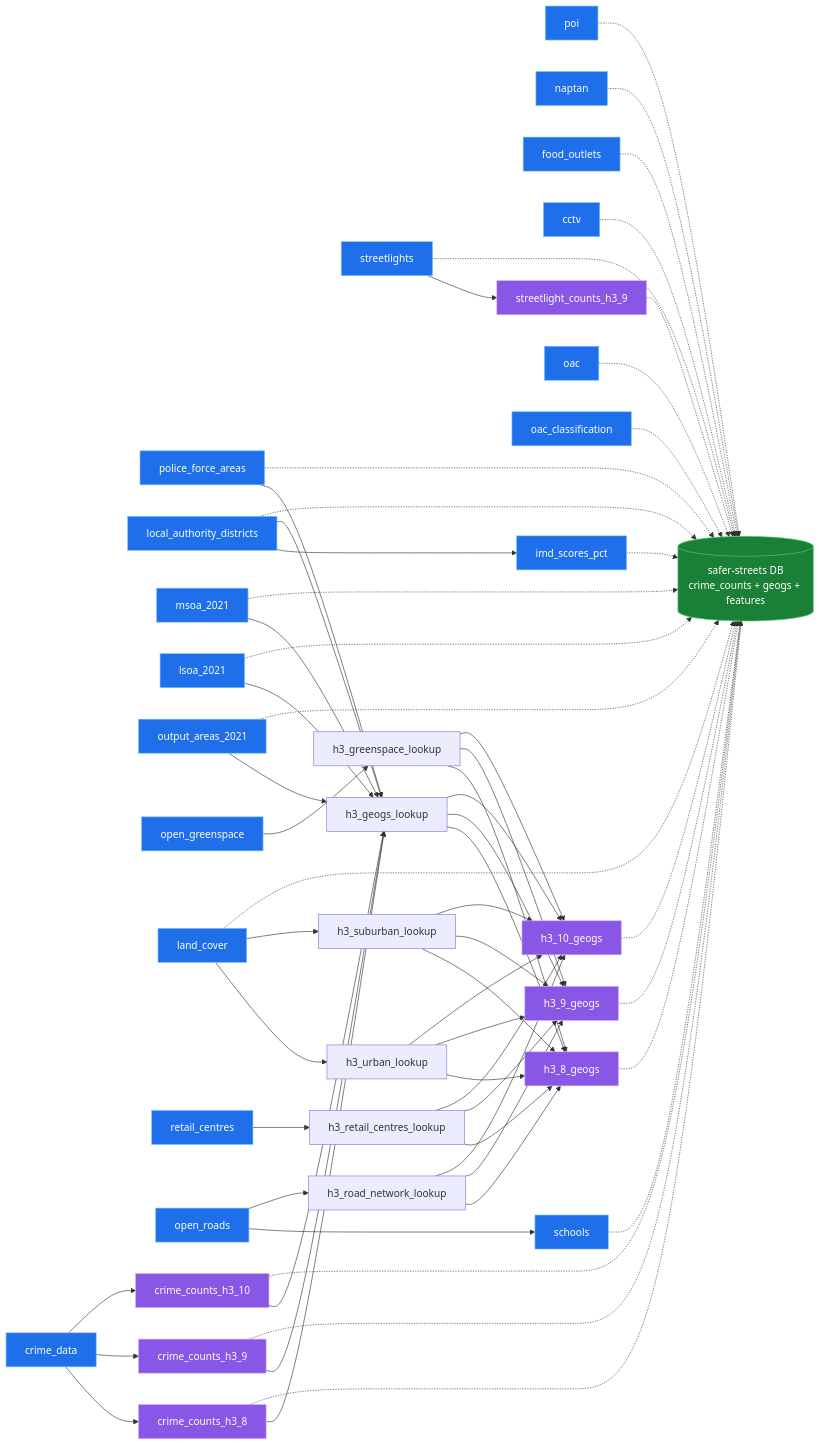
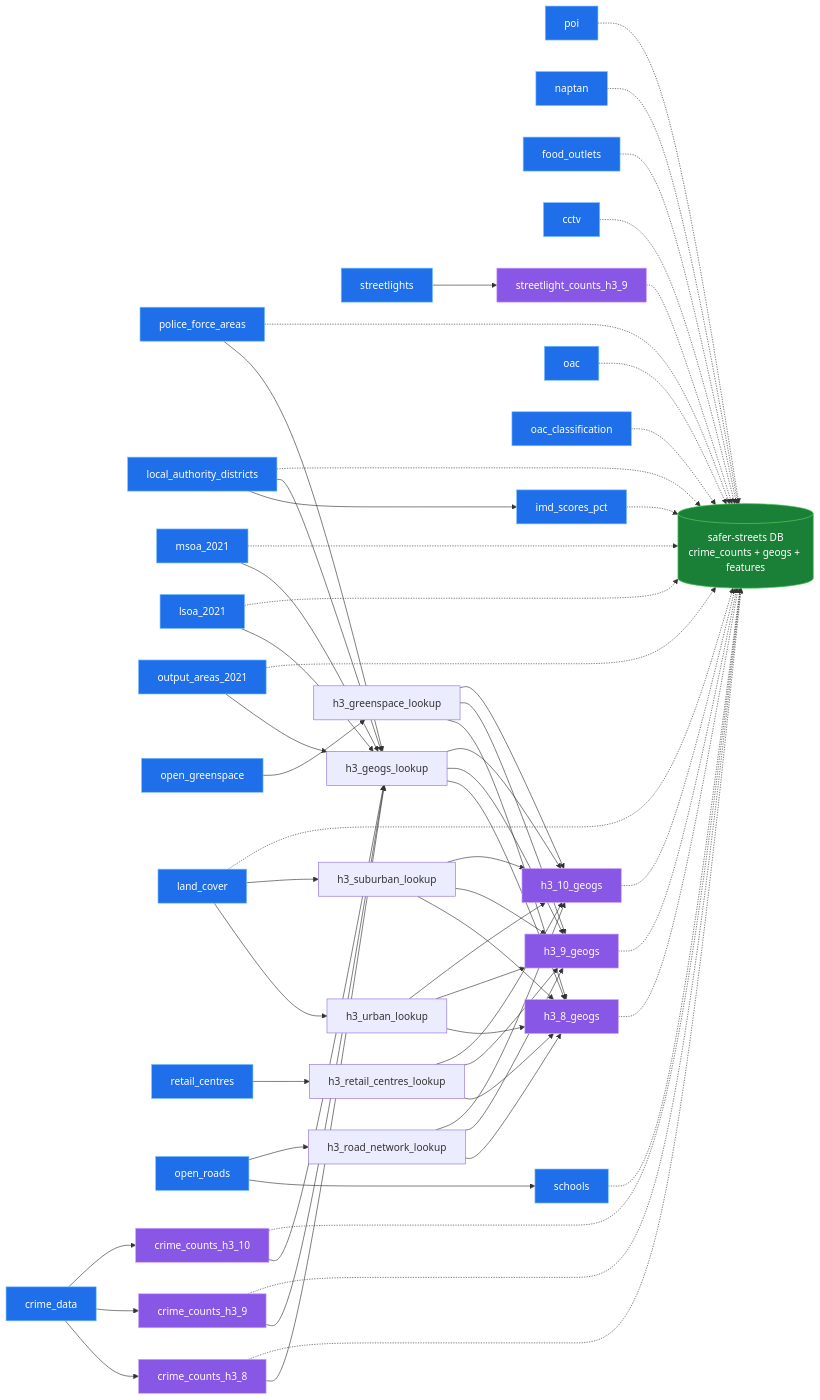
The diagram in README.md (safer-streets/safer-streets-tooling), drawn with Mermaid before and after one commit. The commit also changed other lines of this file and 1 other file, not shown here.

First line of the commit message:
refactor: drop raw streetlights from the default DB

```diff
--- a/README.md
+++ b/README.md
@@ -140,7 +140,6 @@
     poi -.-> database
     naptan -.-> database
     food_outlets -.-> database
-    streetlights -.-> database
     cctv -.-> database
     imd_scores_pct -.-> database
     land_cover -.-> database
```
